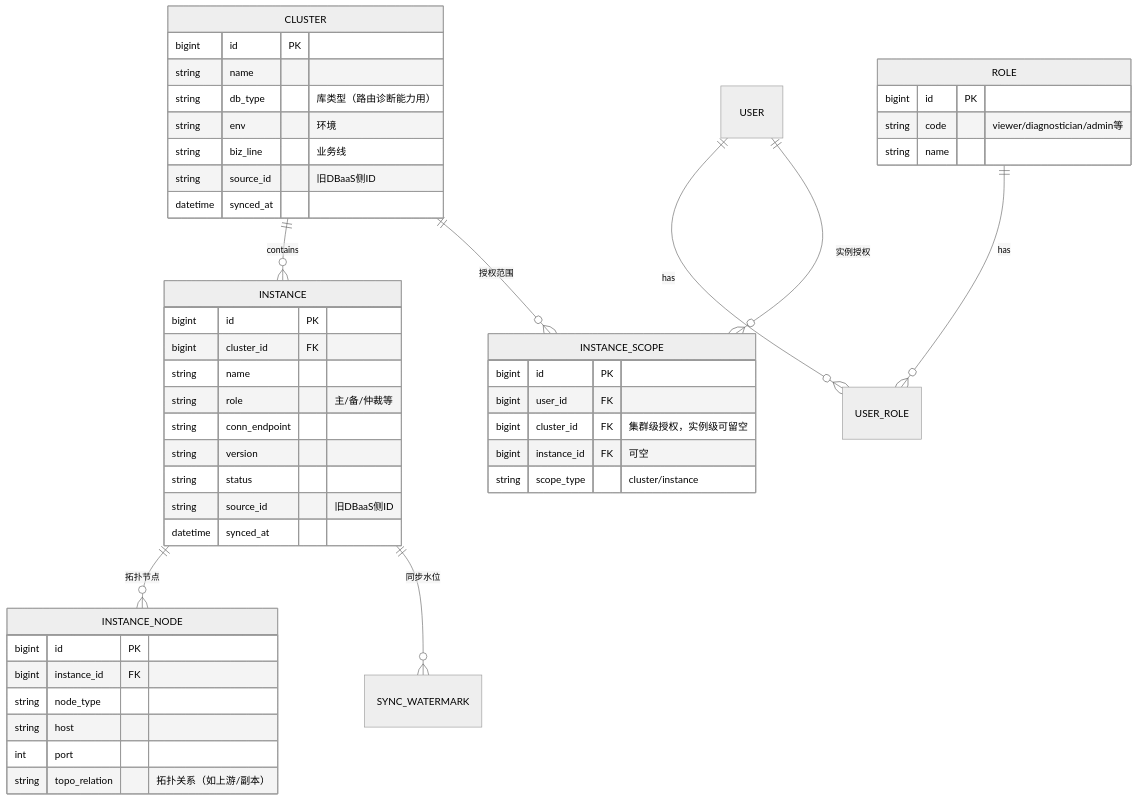
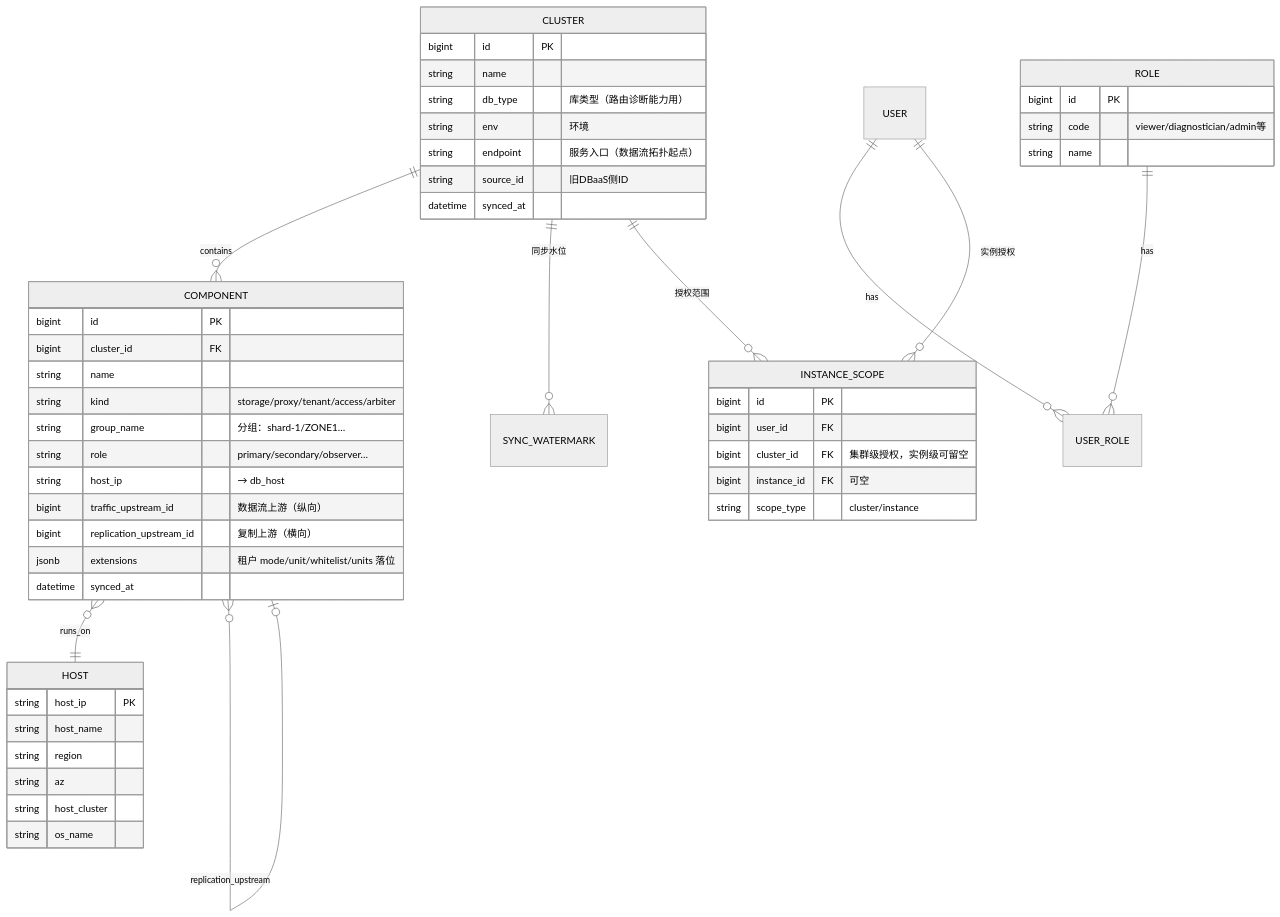
The seventh of 9 diagrams in docs/design/数据库AI智能运维平台架构设计文档.md (luomsis/db-cockpit), drawn with Mermaid (neutral theme) before and after one commit. The commit also changed other lines of this file and 17 other files, not shown here.

````diff
--- a/docs/design/数据库AI智能运维平台架构设计文档.md
+++ b/docs/design/数据库AI智能运维平台架构设计文档.md
@@ -597,51 +598,55 @@
 ```mermaid
 erDiagram
-    CLUSTER ||--o{ INSTANCE : contains
-    INSTANCE ||--o{ INSTANCE_NODE : "拓扑节点"
-    INSTANCE ||--o{ SYNC_WATERMARK : "同步水位"
+    CLUSTER ||--o{ COMPONENT : contains
+    COMPONENT }o--|| HOST : "runs_on"
+    COMPONENT }o--o| COMPONENT : "traffic_upstream"
+    COMPONENT }o--o| COMPONENT : "replication_upstream"
+    CLUSTER ||--o{ SYNC_WATERMARK : "同步水位"
     USER ||--o{ USER_ROLE : has
     ROLE ||--o{ USER_ROLE : has
     USER ||--o{ INSTANCE_SCOPE : "实例授权"
     CLUSTER ||--o{ INSTANCE_SCOPE : "授权范围"
 
     CLUSTER {
         bigint id PK
         string name
         string db_type "库类型（路由诊断能力用）"
         string env "环境"
-        string biz_line "业务线"
+        string endpoint "服务入口（数据流拓扑起点）"
         string source_id "旧DBaaS侧ID"
         datetime synced_at
     }
-    INSTANCE {
+    COMPONENT {
         bigint id PK
         bigint cluster_id FK
         string name
-        string role "主/备/仲裁等"
-        string conn_endpoint
-        string version
-        string status
-        string source_id "旧DBaaS侧ID"
+        string kind "storage/proxy/tenant/access/arbiter"
+        string group_name "分组：shard-1/ZONE1…"
+        string role "primary/secondary/observer…"
+        string host_ip "→ db_host"
+        bigint traffic_upstream_id "数据流上游（纵向）"
+        bigint replication_upstream_id "复制上游（横向）"
+        jsonb extensions "租户 mode/unit/whitelist/units 落位"
         datetime synced_at
     }
-    INSTANCE_NODE {
-        bigint id PK
-        bigint instance_id FK
-        string node_type
-        string host
-        int port
-        string topo_relation "拓扑关系（如上游/副本）"
+    HOST {
+        string host_ip PK
+        string host_name
+        string region
+        string az
+        string host_cluster
+        string os_name
     }
     ROLE {
         bigint id PK
         string code "viewer/diagnostician/admin等"
         string name
     }
     INSTANCE_SCOPE {
         bigint id PK
         bigint user_id FK
         bigint cluster_id FK "集群级授权，实例级可留空"
         bigint instance_id FK "可空"
         string scope_type "cluster/instance"
     }
 ```
````
